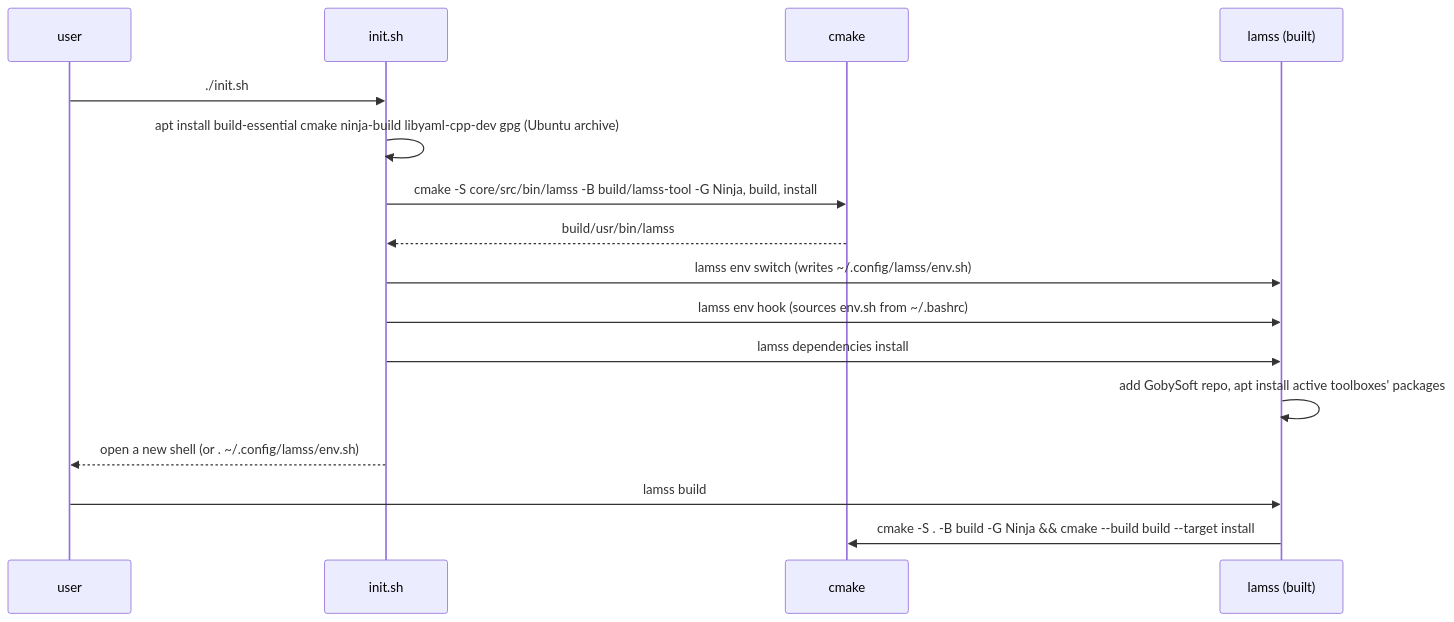
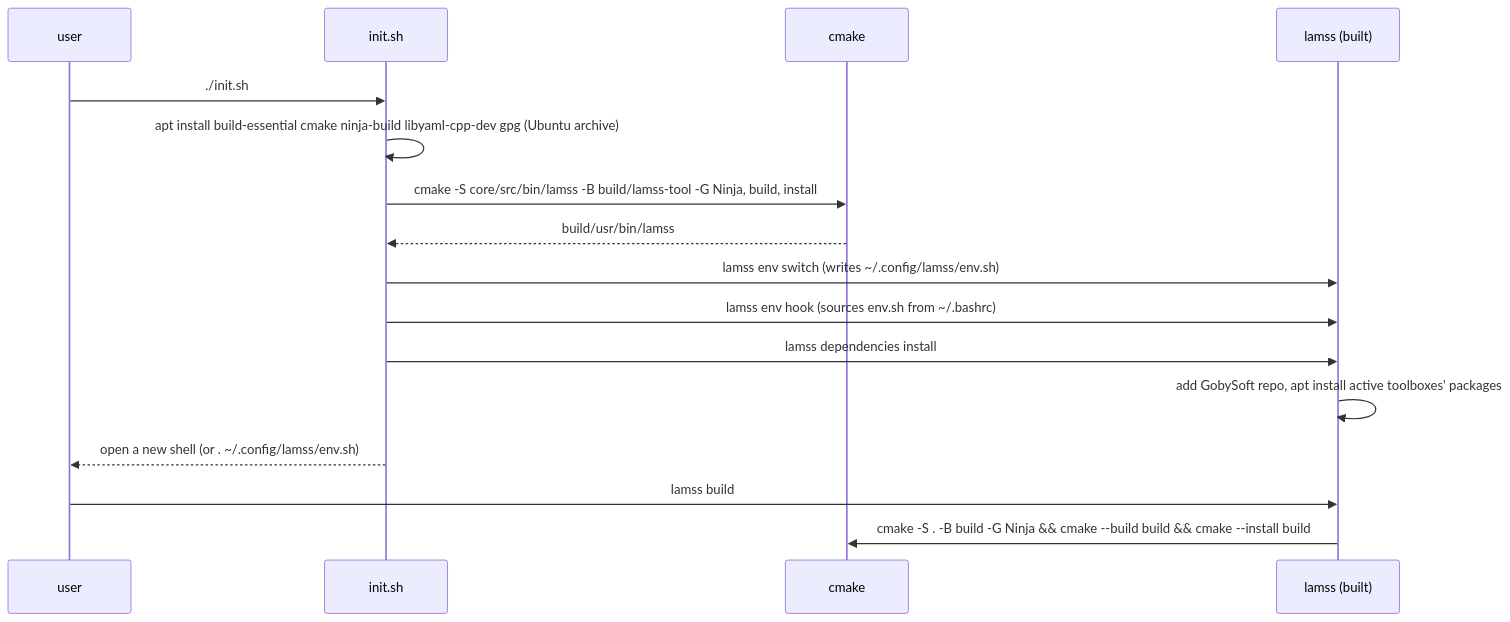
One commit to GobySoft/lamss3 changed the first of 2 diagrams in core/src/doc/plan/claude/03-lamss-tool.md. Above: the diagram before and after it, drawn with Mermaid. The commit also changed other lines of this file and 3 other files, not shown here.

First line of the commit message:
lamss build: hide "Up-to-date" install lines unless -v

````diff
--- a/core/src/doc/plan/claude/03-lamss-tool.md
+++ b/core/src/doc/plan/claude/03-lamss-tool.md
@@ -18,18 +18,18 @@
 ```mermaid
 sequenceDiagram
   participant U as user
   participant B as init.sh
   participant C as cmake
   participant L as lamss (built)
   U->>B: ./init.sh
   B->>B: apt install build-essential cmake ninja-build libyaml-cpp-dev gpg (Ubuntu archive)
   B->>C: cmake -S core/src/bin/lamss -B build/lamss-tool -G Ninja, build, install
   C-->>B: build/usr/bin/lamss
   B->>L: lamss env switch (writes ~/.config/lamss/env.sh)
   B->>L: lamss env hook (sources env.sh from ~/.bashrc)
   B->>L: lamss dependencies install
   L->>L: add GobySoft repo, apt install active toolboxes' packages
   B-->>U: open a new shell (or . ~/.config/lamss/env.sh)
   U->>L: lamss build
-  L->>C: cmake -S . -B build -G Ninja && cmake --build build --target install
+  L->>C: cmake -S . -B build -G Ninja && cmake --build build && cmake --install build
 ```
````
